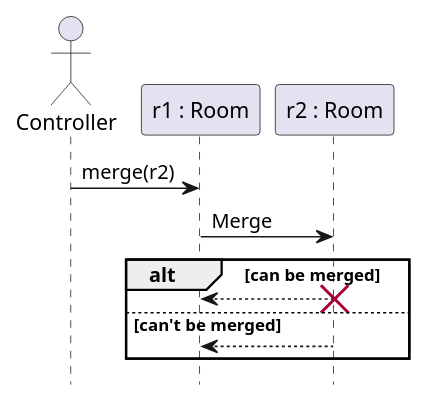
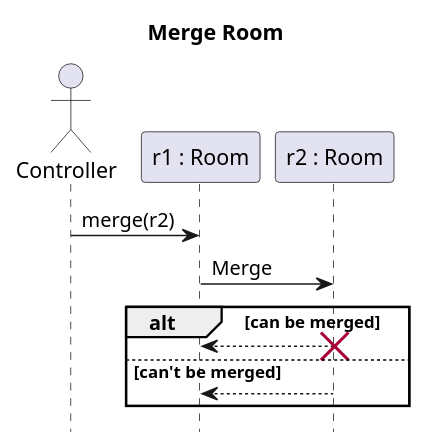
The diagram in docs/diagrams/sequence/merge-room.puml (sn4k3ch4rm3r/logarlec), drawn with PlantUML before and after one commit. The commit also changed 8 other files, not shown here.

Commit message:
Added title to the diagrams

```diff
--- a/docs/diagrams/sequence/merge-room.puml
+++ b/docs/diagrams/sequence/merge-room.puml
@@ -1,20 +1,19 @@
-@startuml
-'https://plantuml.com/sequence-diagram
-
+@startuml merge-room
+title Merge Room
 hide footbox
 actor Controller
 participant "r1 : Room" as r1
 participant "r2 : Room" as r2
 
 
 Controller -> r1: merge(r2)
 r1 -> r2: Merge
 
 alt can be merged
     r1 <-- r2:
     destroy r2
 else can't be merged
     r1 <-- r2:
 end
 
 @enduml
```
